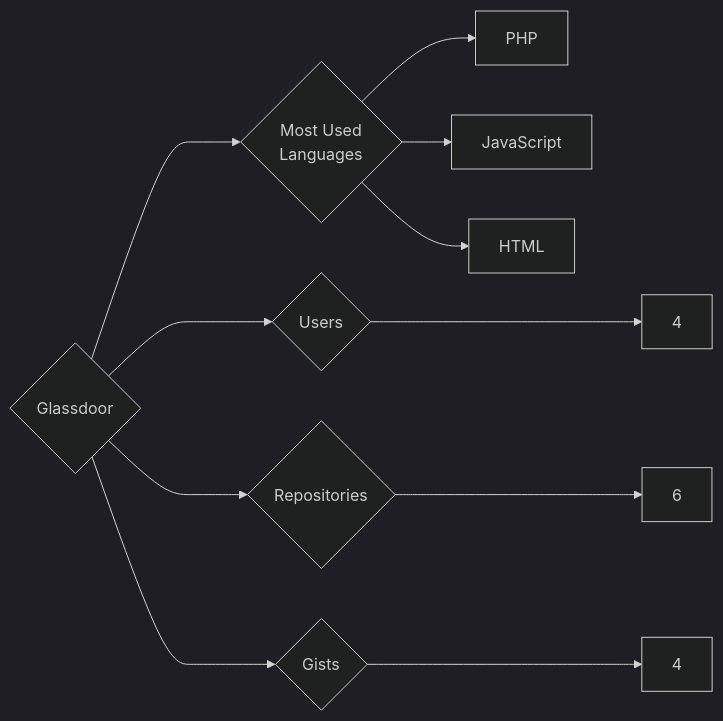
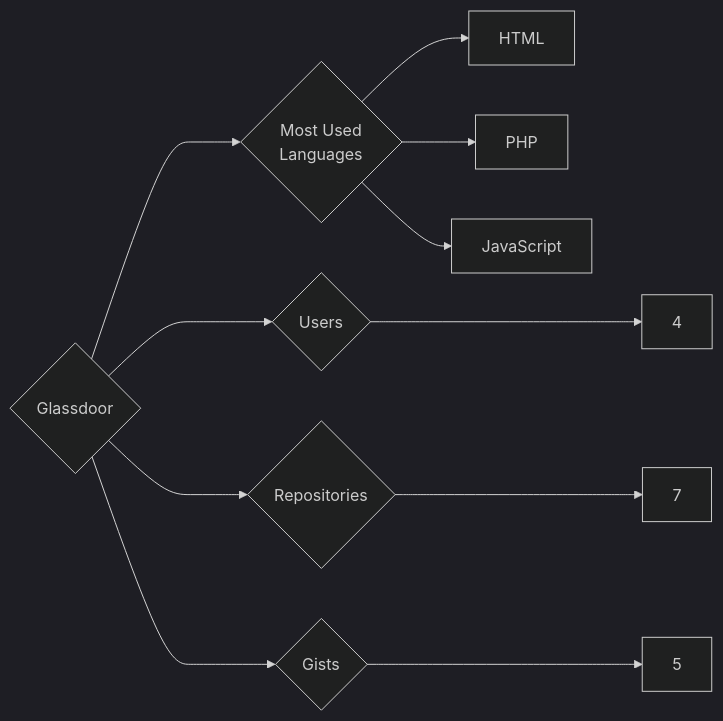
Before and after one commit to trickest/insiders: the diagram in targets/Glassdoor/README.md, drawn with Mermaid (dark theme). The commit also changed 1055 other files, not shown here.

````diff
--- a/targets/Glassdoor/README.md
+++ b/targets/Glassdoor/README.md
@@ -3,11 +3,11 @@
 ```mermaid
 graph LR
 COMPANY_NAME{Glassdoor}
 COMPANY_NAME ---> U{Users} ---> UN[4]
-COMPANY_NAME ---> R{Repositories} ---> RN[6]
-COMPANY_NAME ---> G{Gists} ---> GN[4]
+COMPANY_NAME ---> R{Repositories} ---> RN[7]
+COMPANY_NAME ---> G{Gists} ---> GN[5]
 COMPANY_NAME ---> ML{Most Used<br>Languages}
+ML --> HTML[HTML]
 ML --> PHP[PHP]
 ML --> JavaScript[JavaScript]
-ML --> HTML[HTML]
 ```
````
